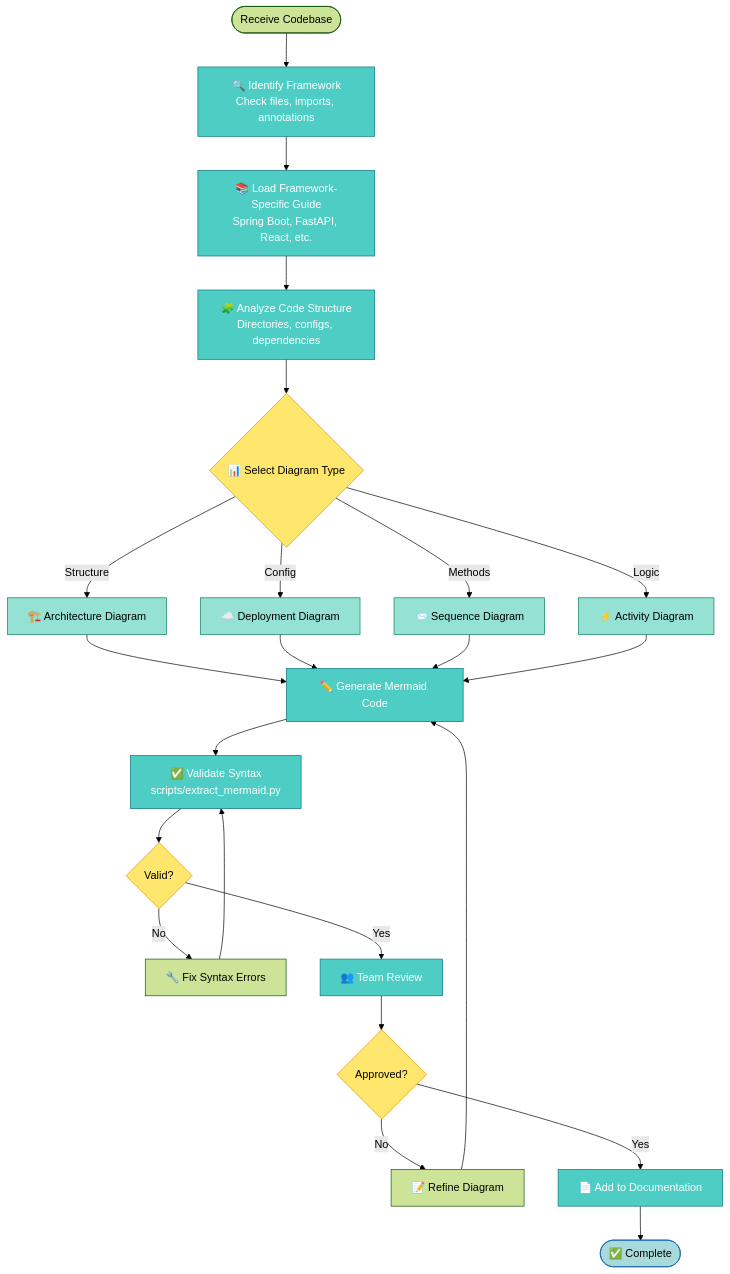
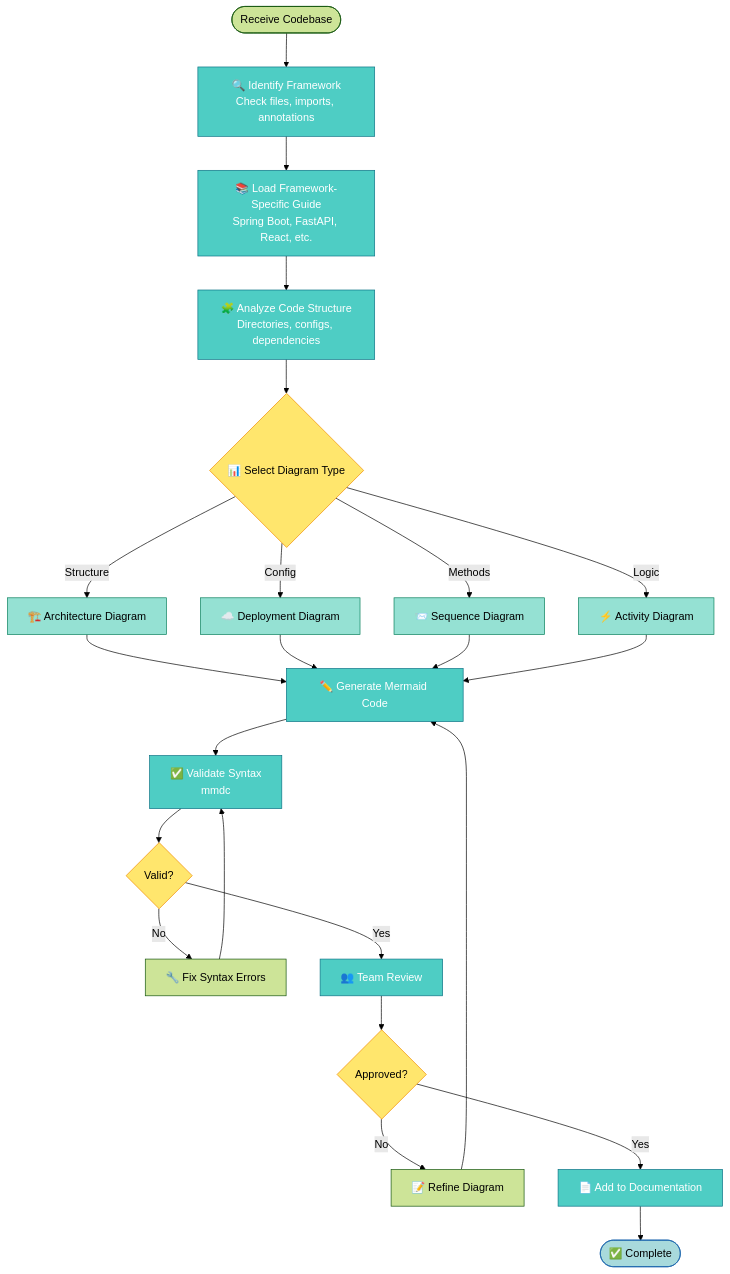
Before and after one commit to NSpencer4/common-scripts: diagram 15 of 15 in skills/design-doc-mermaid/references/guides/code-to-diagram/README.md, drawn with Mermaid (forest theme). The commit also changed other lines of this file and 11 other files, not shown here.

````diff
--- a/skills/design-doc-mermaid/references/guides/code-to-diagram/README.md
+++ b/skills/design-doc-mermaid/references/guides/code-to-diagram/README.md
@@ -791,45 +782,45 @@
 ```mermaid
 flowchart TD
     Start([Receive Codebase]) --> Identify[🔍 Identify Framework<br/>Check files, imports, annotations]
 
     Identify --> LoadGuide[📚 Load Framework-Specific Guide<br/>Spring Boot, FastAPI, React, etc.]
 
     LoadGuide --> Analyze[🧩 Analyze Code Structure<br/>Directories, configs, dependencies]
 
     Analyze --> SelectDiagram{📊 Select Diagram Type}
 
     SelectDiagram -->|Structure| ArchDiagram[🏗️ Architecture Diagram]
     SelectDiagram -->|Config| DeployDiagram[☁️ Deployment Diagram]
     SelectDiagram -->|Methods| SeqDiagram[📨 Sequence Diagram]
     SelectDiagram -->|Logic| ActDiagram[⚡ Activity Diagram]
 
     ArchDiagram --> Generate[✏️ Generate Mermaid Code]
     DeployDiagram --> Generate
     SeqDiagram --> Generate
     ActDiagram --> Generate
 
-    Generate --> Validate[✅ Validate Syntax<br/>scripts/extract_mermaid.py]
+    Generate --> Validate[✅ Validate Syntax<br/>mmdc]
 
     Validate --> Valid{Valid?}
     Valid -->|No| Fix[🔧 Fix Syntax Errors]
     Fix --> Validate
 
     Valid -->|Yes| Review[👥 Team Review]
 
     Review --> Approved{Approved?}
     Approved -->|No| Refine[📝 Refine Diagram]
     Refine --> Generate
 
     Approved -->|Yes| Document[📄 Add to Documentation]
     Document --> Done([✅ Complete])
 
     classDef process fill:#4ECDC4,stroke:#0B7285,color:#fff
     classDef decision fill:#FFE66D,stroke:#F08C00,color:#000
     classDef diagram fill:#95E1D3,stroke:#087F5B,color:#000
     classDef done fill:#A8DADC,stroke:#1864AB,color:#000
 
     class Identify,LoadGuide,Analyze,Generate,Validate,Review,Document process
     class SelectDiagram,Valid,Approved decision
     class ArchDiagram,DeployDiagram,SeqDiagram,ActDiagram diagram
     class Done done
 ```
````
